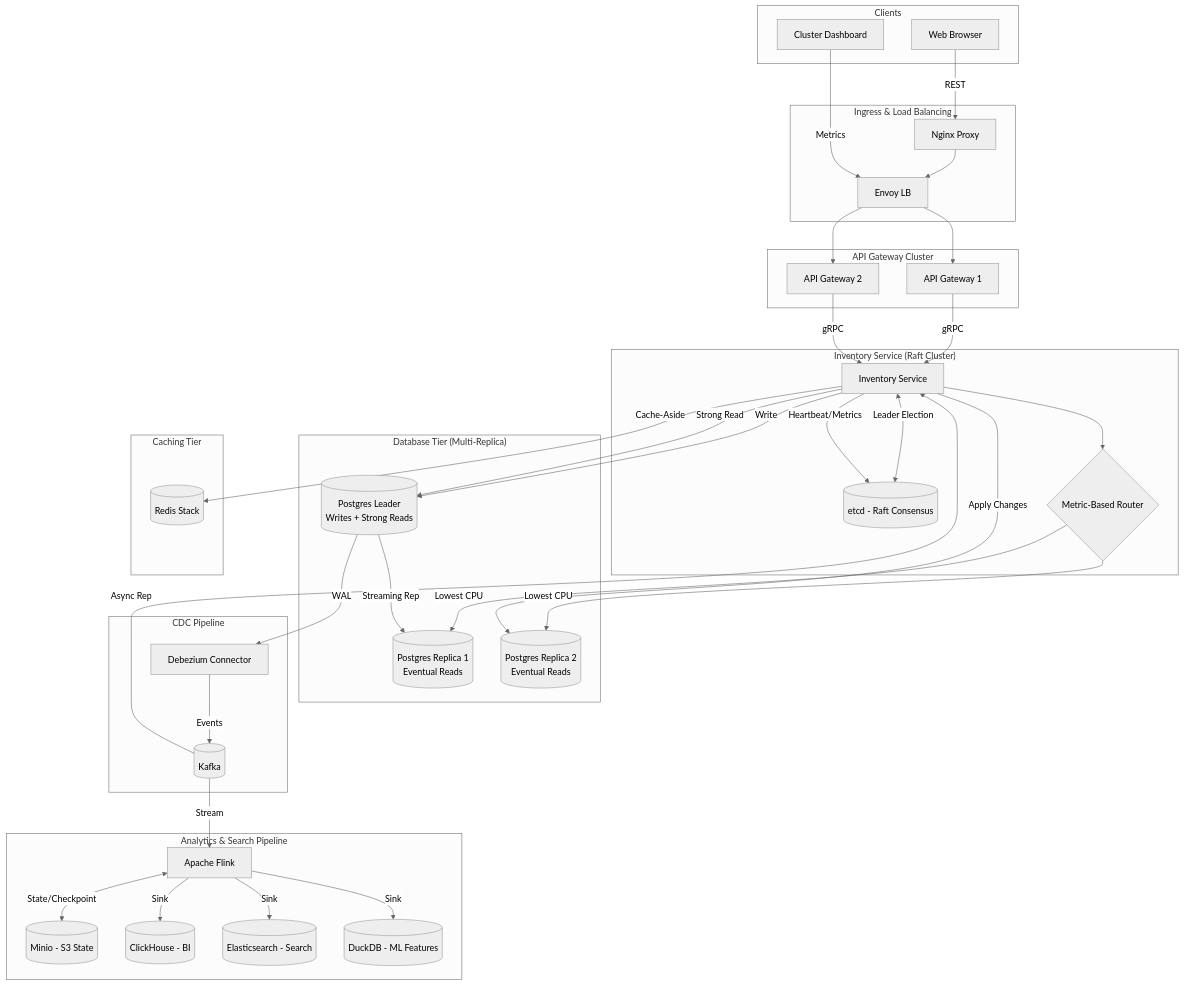
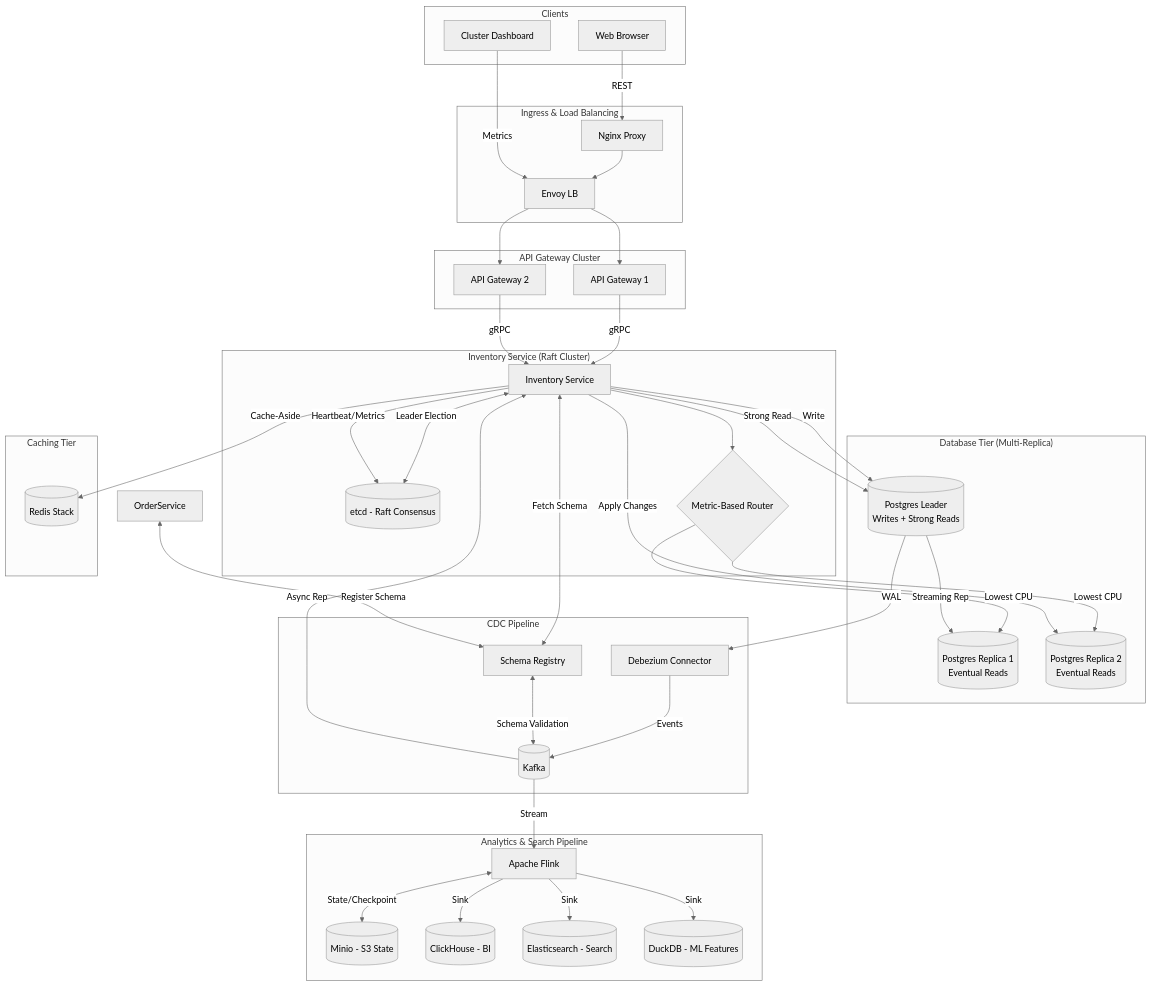
Before and after one commit to sairam0424/gRPC-micro-services: the diagram in order-processing-system/README.md, drawn with Mermaid (neutral theme). The commit also changed other lines of this file and 35 other files, not shown here.

Commit message:
feat: Implement Protobuf-based eventing versioning with a schema registry(confluent-SR) across services, including an outbox pattern for order creation and schema registry integration.

```diff
--- a/order-processing-system/README.md
+++ b/order-processing-system/README.md
@@ -70,6 +73,7 @@
     subgraph "CDC Pipeline"
         Debezium[Debezium Connector]
         Kafka[(Kafka)]
+        SR[Schema Registry]
     end
 
     subgraph "Analytics & Search Pipeline"
@@ -109,6 +113,11 @@
     Debezium -->|Events| Kafka
     Kafka -->|Async Rep| Inventory
     Inventory -->|Apply Changes| Replica2
+    
+    %% Event Versioning
+    SR <-->|Schema Validation| Kafka
+    Inventory <-->|Fetch Schema| SR
+    OrderService <-->|Register Schema| SR
 
     %% Analytics Flow
     Kafka -->|Stream| Flink
```
